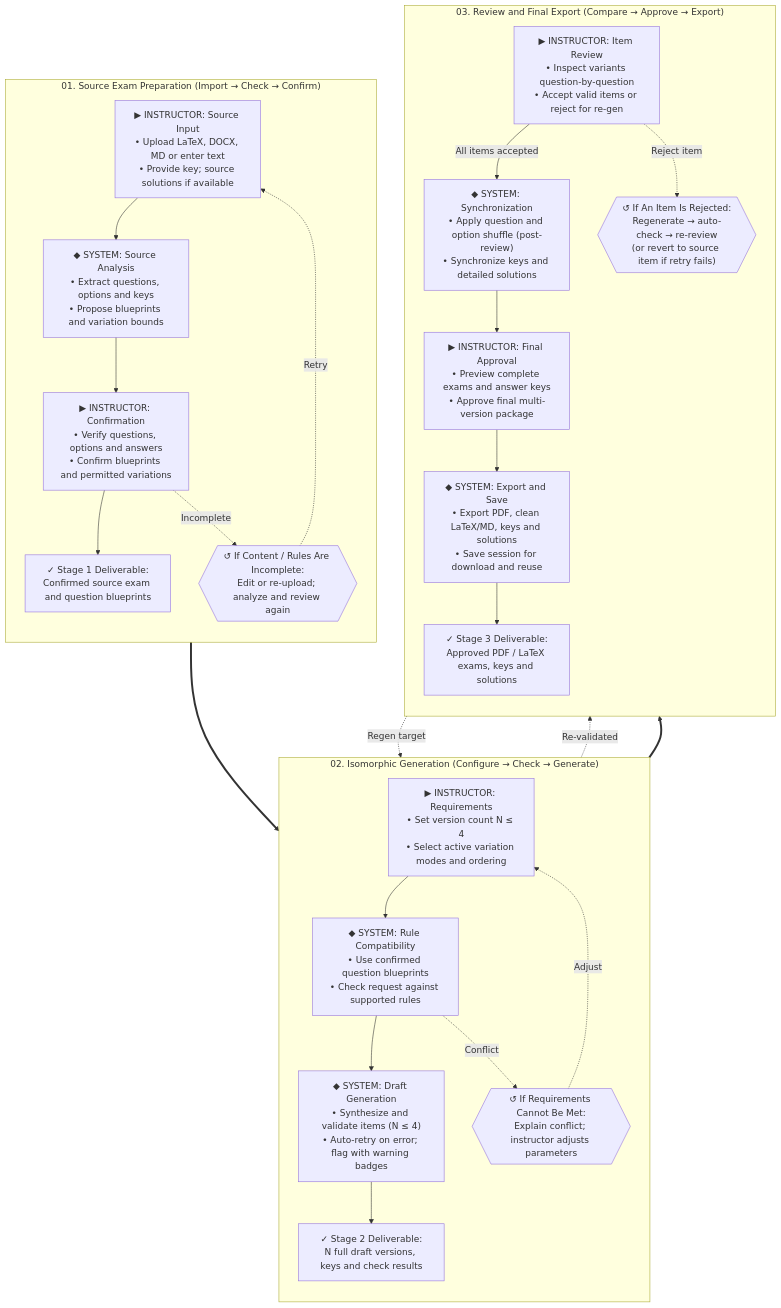
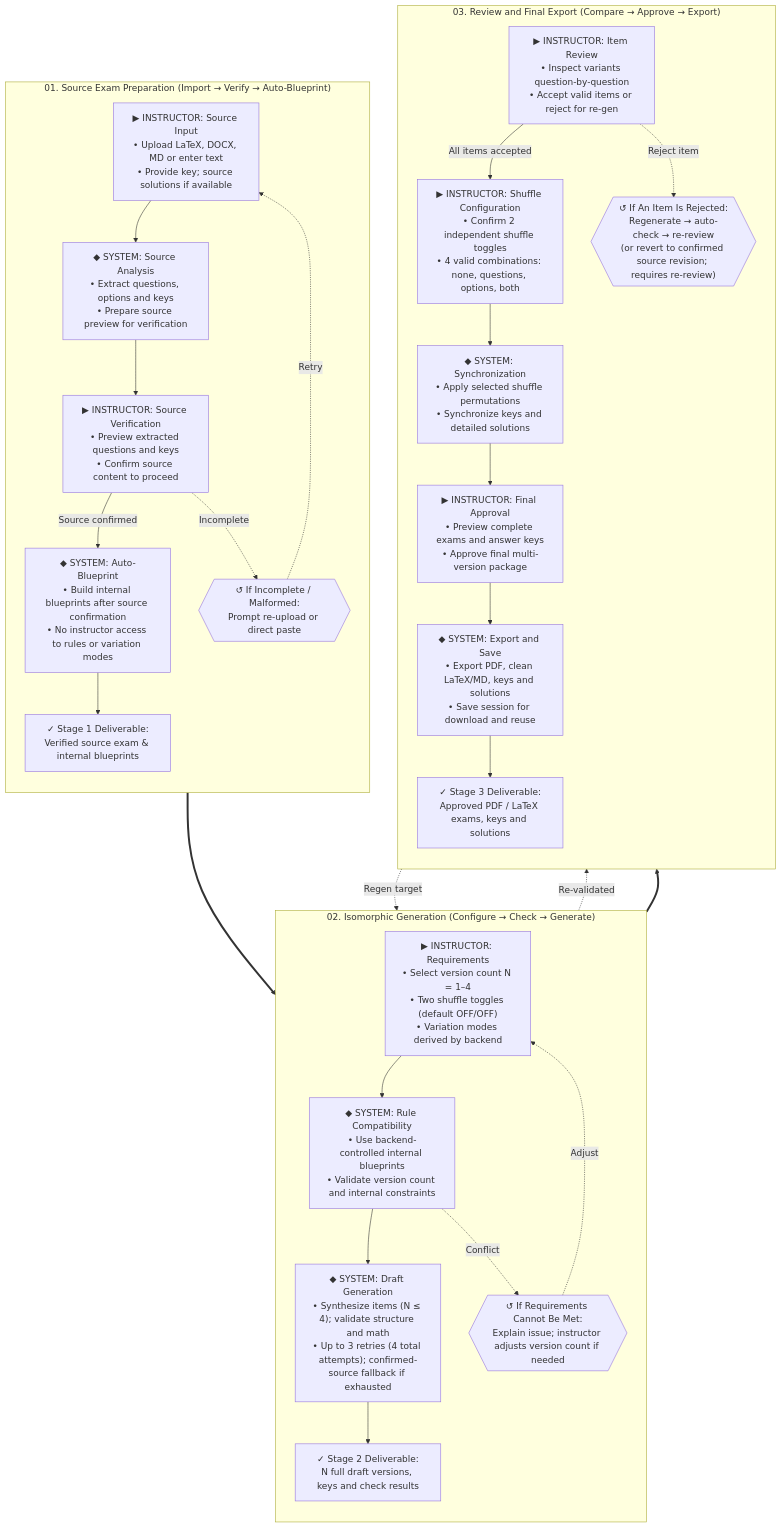
Before and after one commit to Computational-Thinking-Project/isomorphic-exam-synthesizer: the second of 2 diagrams in docs/description.md, drawn with Mermaid. The commit also changed other lines of this file and 5 other files, not shown here.

````diff
--- a/docs/description.md
+++ b/docs/description.md
@@ -150,65 +148,69 @@
 ```mermaid
 flowchart TB
     %% ============================================================
     %% STAGE 1: Source Exam Preparation
     %% ============================================================
-    subgraph Stage1 ["01. Source Exam Preparation (Import → Check → Confirm)"]
+    subgraph Stage1 ["01. Source Exam Preparation (Import → Verify → Auto-Blueprint)"]
         direction TB
         S1_1["▶ INSTRUCTOR: Source Input<br/>• Upload LaTeX, DOCX, MD or enter text<br/>• Provide key; source solutions if available"]
-        S1_2["◆ SYSTEM: Source Analysis<br/>• Extract questions, options and keys<br/>• Propose blueprints and variation bounds"]
-        S1_3["▶ INSTRUCTOR: Confirmation<br/>• Verify questions, options and answers<br/>• Confirm blueprints and permitted variations"]
-        S1_Warn{{"↺ If Content / Rules Are Incomplete:<br/>Edit or re-upload; analyze and review again"}}
-        S1_Res["✓ Stage 1 Deliverable:<br/>Confirmed source exam and question blueprints"]
+        S1_2["◆ SYSTEM: Source Analysis<br/>• Extract questions, options and keys<br/>• Prepare source preview for verification"]
+        S1_3["▶ INSTRUCTOR: Source Verification<br/>• Preview extracted questions and keys<br/>• Confirm source content to proceed"]
+        S1_4["◆ SYSTEM: Auto-Blueprint<br/>• Build internal blueprints after source confirmation<br/>• No instructor access to rules or variation modes"]
+        S1_Warn{{"↺ If Incomplete / Malformed:<br/>Prompt re-upload or direct paste"}}
+        S1_Res["✓ Stage 1 Deliverable:<br/>Verified source exam & internal blueprints"]
 
         S1_1 --> S1_2
         S1_2 --> S1_3
-        S1_3 --> S1_Res
+        S1_3 -->|"Source confirmed"| S1_4
+        S1_4 --> S1_Res
         S1_3 -. "Incomplete" .-> S1_Warn
         S1_Warn -. "Retry" .-> S1_1
     end
 
     %% ============================================================
     %% STAGE 2: Isomorphic Generation
     %% ============================================================
     subgraph Stage2 ["02. Isomorphic Generation (Configure → Check → Generate)"]
         direction TB
-        S2_1["▶ INSTRUCTOR: Requirements<br/>• Set version count N ≤ 4<br/>• Select active variation modes and ordering"]
-        S2_2["◆ SYSTEM: Rule Compatibility<br/>• Use confirmed question blueprints<br/>• Check request against supported rules"]
-        S2_Warn{{"↺ If Requirements Cannot Be Met:<br/>Explain conflict; instructor adjusts parameters"}}
-        S2_3["◆ SYSTEM: Draft Generation<br/>• Synthesize and validate items (N ≤ 4)<br/>• Auto-retry on error; flag with warning badges"]
+        S2_1["▶ INSTRUCTOR: Requirements<br/>• Select version count N = 1–4<br/>• Two shuffle toggles (default OFF/OFF)<br/>• Variation modes derived by backend"]
+        S2_2["◆ SYSTEM: Rule Compatibility<br/>• Use backend-controlled internal blueprints<br/>• Validate version count and internal constraints"]
+        S2_Warn{{"↺ If Requirements Cannot Be Met:<br/>Explain issue; instructor adjusts version count if needed"}}
+        S2_3["◆ SYSTEM: Draft Generation<br/>• Synthesize items (N ≤ 4); validate structure and math<br/>• Up to 3 retries (4 total attempts); confirmed-source fallback if exhausted"]
         S2_Res["✓ Stage 2 Deliverable:<br/>N full draft versions, keys and check results"]
 
         S2_1 --> S2_2
         S2_2 --> S2_3
         S2_2 -. "Conflict" .-> S2_Warn
         S2_Warn -. "Adjust" .-> S2_1
         S2_3 --> S2_Res
     end
 
     %% ============================================================
     %% STAGE 3: Review and Final Export
     %% ============================================================
     subgraph Stage3 ["03. Review and Final Export (Compare → Approve → Export)"]
         direction TB
         S3_1["▶ INSTRUCTOR: Item Review<br/>• Inspect variants question-by-question<br/>• Accept valid items or reject for re-gen"]
-        S3_Warn{{"↺ If An Item Is Rejected:<br/>Regenerate → auto-check → re-review<br/>(or revert to source item if retry fails)"}}
-        S3_2["◆ SYSTEM: Synchronization<br/>• Apply question and option shuffle (post-review)<br/>• Synchronize keys and detailed solutions"]
+        S3_Warn{{"↺ If An Item Is Rejected:<br/>Regenerate → auto-check → re-review<br/>(or revert to confirmed source revision; requires re-review)"}}
+        S3_Shuffle["▶ INSTRUCTOR: Shuffle Configuration<br/>• Confirm 2 independent shuffle toggles<br/>• 4 valid combinations: none, questions, options, both"]
+        S3_2["◆ SYSTEM: Synchronization<br/>• Apply selected shuffle permutations<br/>• Synchronize keys and detailed solutions"]
         S3_3["▶ INSTRUCTOR: Final Approval<br/>• Preview complete exams and answer keys<br/>• Approve final multi-version package"]
         S3_4["◆ SYSTEM: Export and Save<br/>• Export PDF, clean LaTeX/MD, keys and solutions<br/>• Save session for download and reuse"]
         S3_Res["✓ Stage 3 Deliverable:<br/>Approved PDF / LaTeX exams, keys and solutions"]
 
-        S3_1 -->|"All items accepted"| S3_2
+        S3_1 -->|"All items accepted"| S3_Shuffle
+        S3_Shuffle --> S3_2
         S3_1 -. "Reject item" .-> S3_Warn
         S3_2 --> S3_3
         S3_3 --> S3_4
         S3_4 --> S3_Res
     end
 
     %% Inter-stage Transitions
     Stage1 ==> Stage2
     Stage2 ==> Stage3
 
     %% Closed Feedback Loop
     S3_Warn -. "Regen target" .-> S2_3
     S2_3 -. "Re-validated" .-> S3_1
 ```
````
